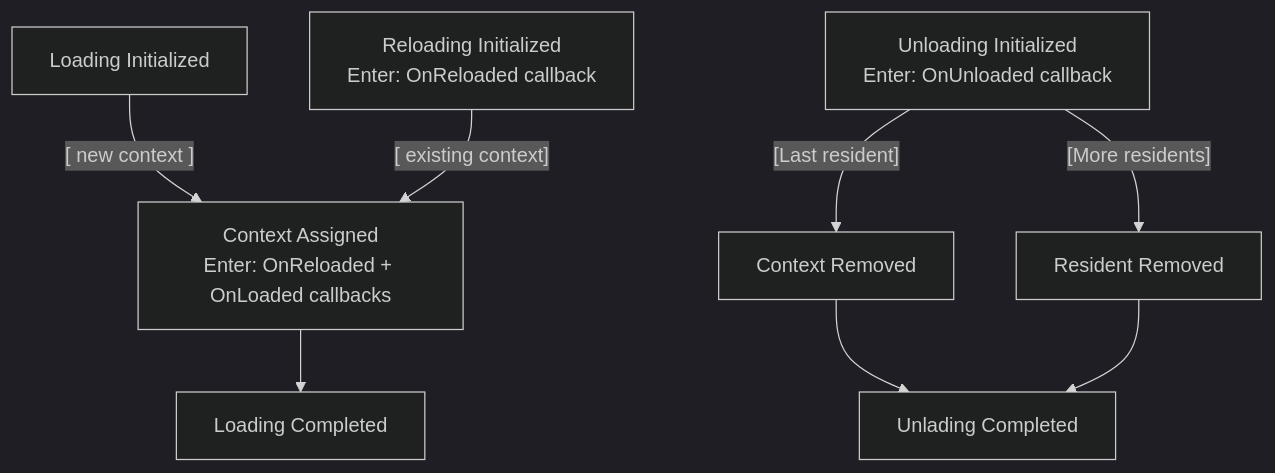
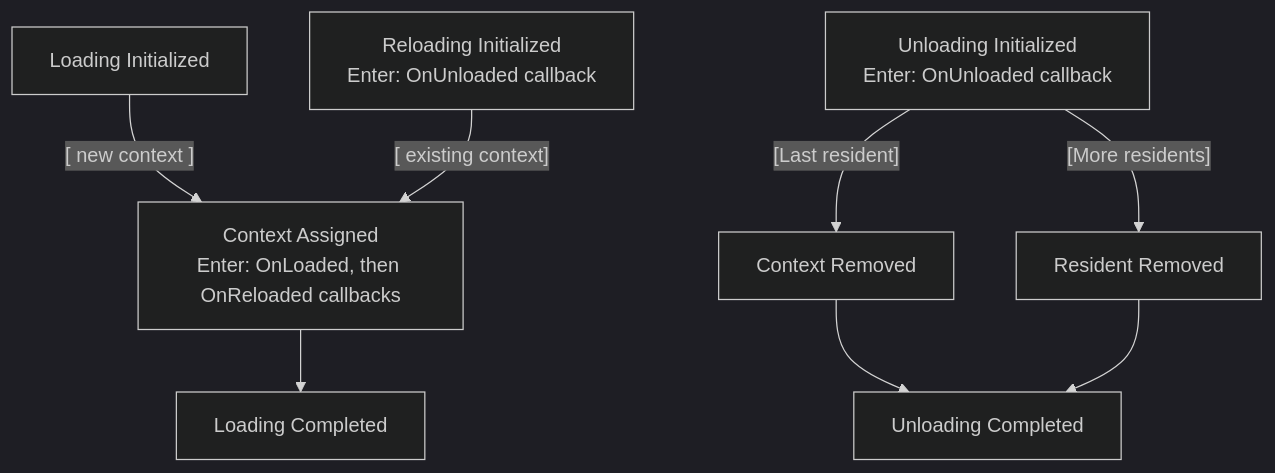
One commit to makspll/bevy_mod_scripting changed the diagram in docs/src/ScriptPipeline/pipeline.md. Above: the diagram before and after it, drawn with Mermaid (dark theme). The commit also changed other lines of this file and 48 other files, not shown here.

````diff
--- a/docs/src/ScriptPipeline/pipeline.md
+++ b/docs/src/ScriptPipeline/pipeline.md
@@ -19,25 +19,25 @@
 ```mermaid
 graph TD;
     A[Loading Initialized]
     B[Reloading Initialized 
-Enter: OnReloaded callback]
+Enter: OnUnloaded callback]
 
     A --[ new context ]--> C
     B --[ existing context]--> C
     C[Context Assigned
-Enter: OnReloaded + OnLoaded callbacks]
+Enter: OnLoaded, then OnReloaded callbacks]
 
     C --> D
 
     D[Loading Completed]
 
     E[Unloading Initialized
 Enter: OnUnloaded callback]
     F[Context Removed]
     G[Resident Removed]
     E --[Last resident]--> F
     E --[More residents]--> G
-    H[Unlading Completed]
+    H[Unloading Completed]
     F --> H
     G --> H
 ```
````
